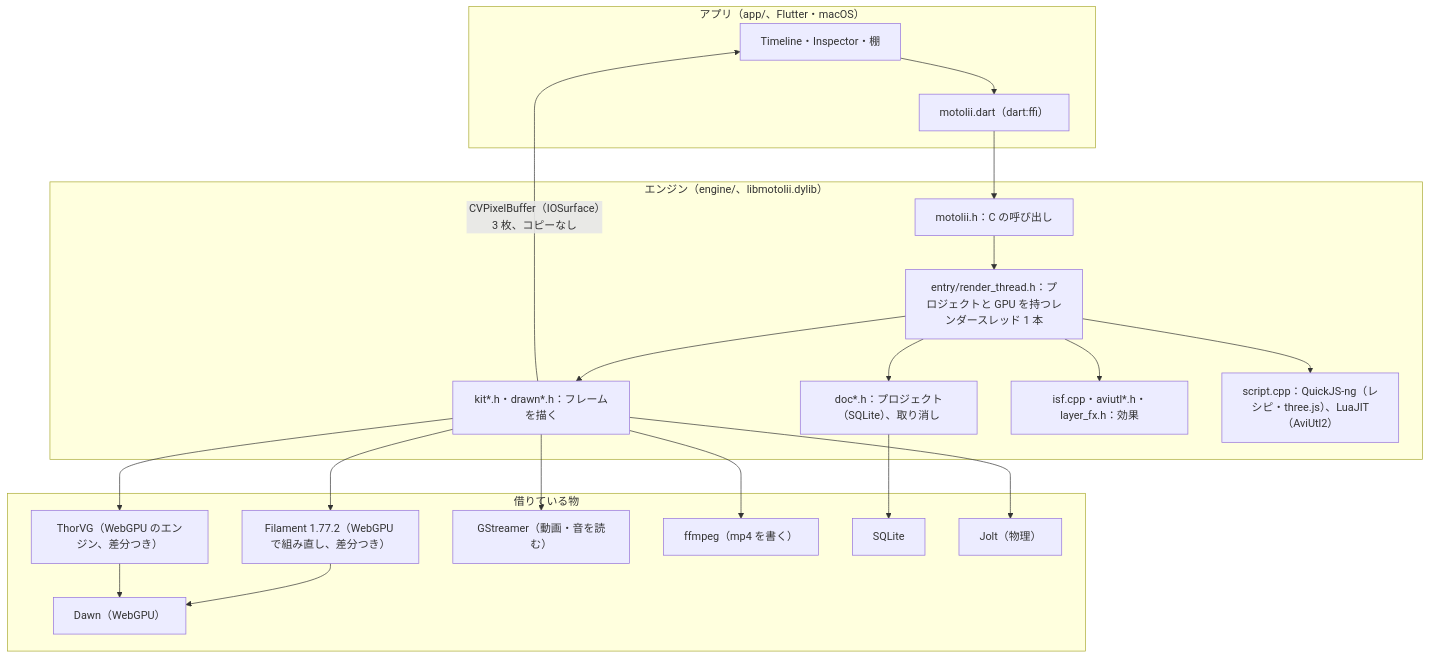
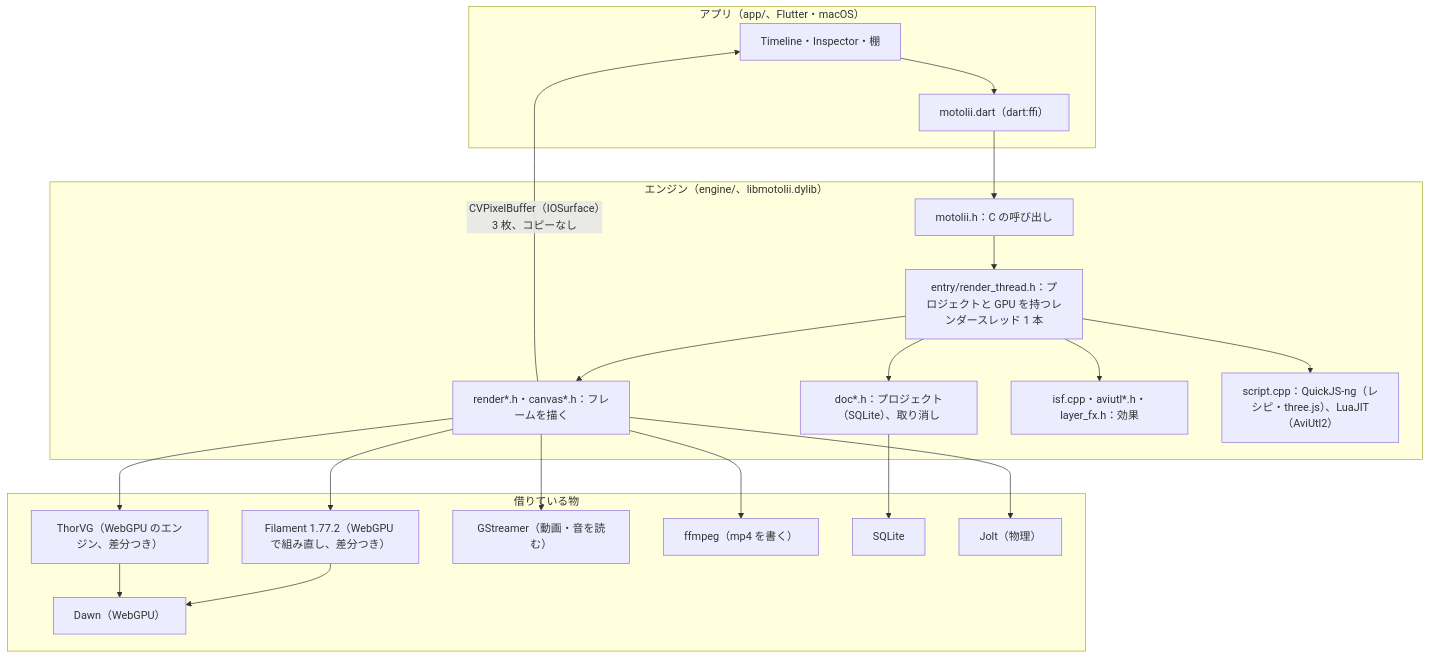
The diagram in docs/ARCHITECTURE.md (oshikaidesu/motolii), drawn with Mermaid before and after one commit. The commit also changed other lines of this file and 99 other files, not shown here.

````diff
--- a/docs/ARCHITECTURE.md
+++ b/docs/ARCHITECTURE.md
@@ -9,34 +9,34 @@
 ```mermaid
 flowchart TB
   subgraph Window["アプリ（app/、Flutter・macOS）"]
     UI["Timeline・Inspector・棚"]
     FFI["motolii.dart（dart:ffi）"]
   end
   subgraph Inside["エンジン（engine/、libmotolii.dylib）"]
     API["motolii.h：C の呼び出し"]
     Hand["entry/render_thread.h：プロジェクトと GPU を持つレンダースレッド 1 本"]
     Doc["doc*.h：プロジェクト（SQLite）、取り消し"]
-    Kit["kit*.h・drawn*.h：フレームを描く"]
+    Render["render*.h・canvas*.h：フレームを描く"]
     FX["isf.cpp・aviutl*.h・layer_fx.h：効果"]
     Script["script.cpp：QuickJS-ng（レシピ・three.js）、LuaJIT（AviUtl2）"]
   end
   subgraph Libs["借りている物"]
     Filament["Filament 1.77.2（WebGPU で組み直し、差分つき）"]
     ThorVG["ThorVG（WebGPU のエンジン、差分つき）"]
     Dawn["Dawn（WebGPU）"]
     Gst["GStreamer（動画・音を読む）"]
     FF["ffmpeg（mp4 を書く）"]
     SQLite["SQLite"]
     Jolt["Jolt（物理）"]
   end
   UI --> FFI --> API --> Hand
   Hand --> Doc --> SQLite
-  Hand --> Kit --> Filament --> Dawn
-  Kit --> ThorVG --> Dawn
+  Hand --> Render --> Filament --> Dawn
+  Render --> ThorVG --> Dawn
   Hand --> FX
   Hand --> Script
-  Kit --> Gst
-  Kit --> FF
-  Kit --> Jolt
-  Kit -- "CVPixelBuffer（IOSurface）3 枚、コピーなし" --> UI
+  Render --> Gst
+  Render --> FF
+  Render --> Jolt
+  Render -- "CVPixelBuffer（IOSurface）3 枚、コピーなし" --> UI
 ```
````
